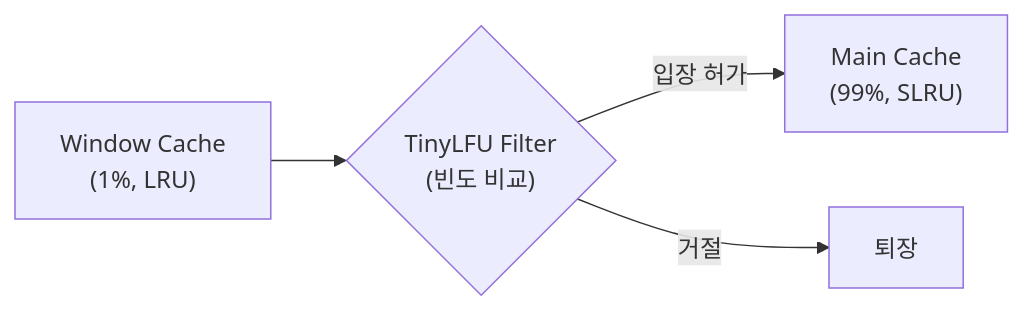
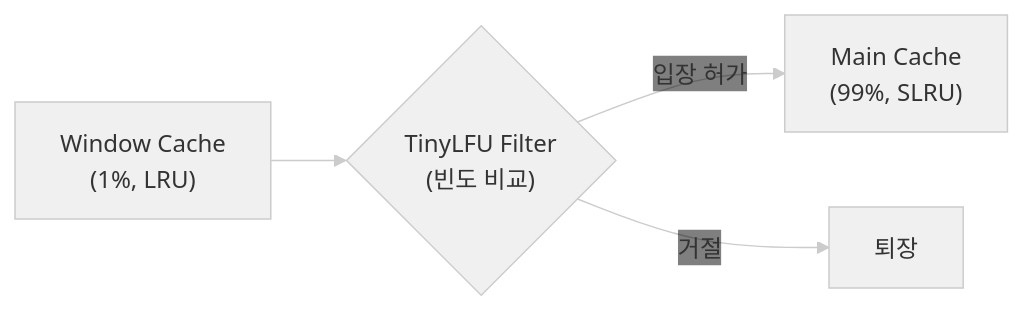
One commit to home301/blog-source changed the second of 2 diagrams in docs/blog/posts/ai-dev/cache-part3.md. Above: the diagram before and after it, drawn with Mermaid. The commit also changed other lines of this file and 1 other file, not shown here.

Commit message:
Mermaid 다이어그램 스타일: 밝은 회색 톤, 라벨 배경 투명

````diff
--- a/docs/blog/posts/ai-dev/cache-part3.md
+++ b/docs/blog/posts/ai-dev/cache-part3.md
@@ -189,9 +190,10 @@
 ```mermaid
+%%{init: {'theme': 'base', 'themeVariables': {'primaryColor': '#f0f0f0', 'primaryBorderColor': '#ccc', 'primaryTextColor': '#333', 'lineColor': '#ccc', 'edgeLabelBackground': 'transparent'}}}%%
 graph LR
     W["Window Cache
     (1%, LRU)"] --> F{"TinyLFU Filter
     (빈도 비교)"}
     F -->|입장 허가| M["Main Cache
     (99%, SLRU)"]
     F -->|거절| X["퇴장"]
 ```
````
